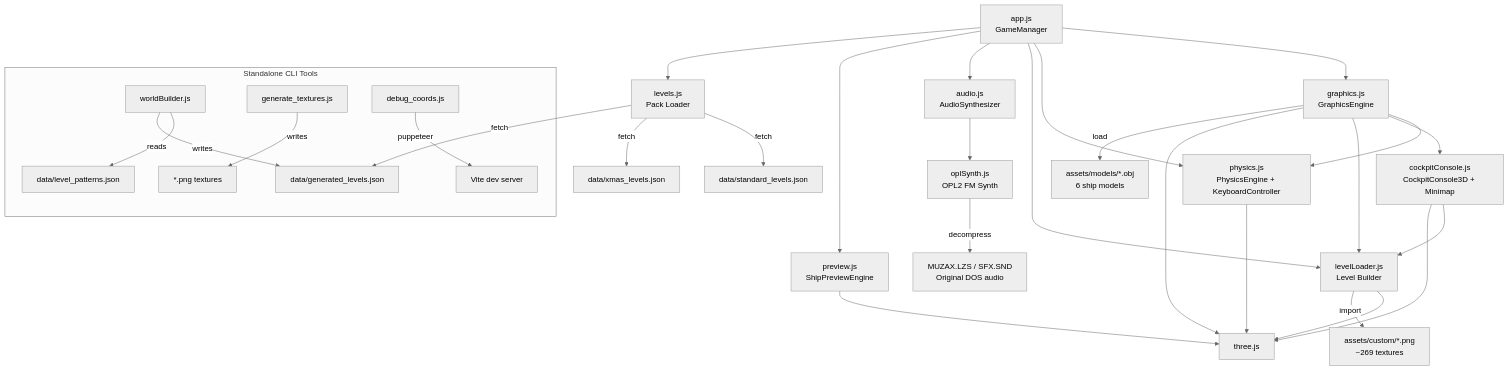
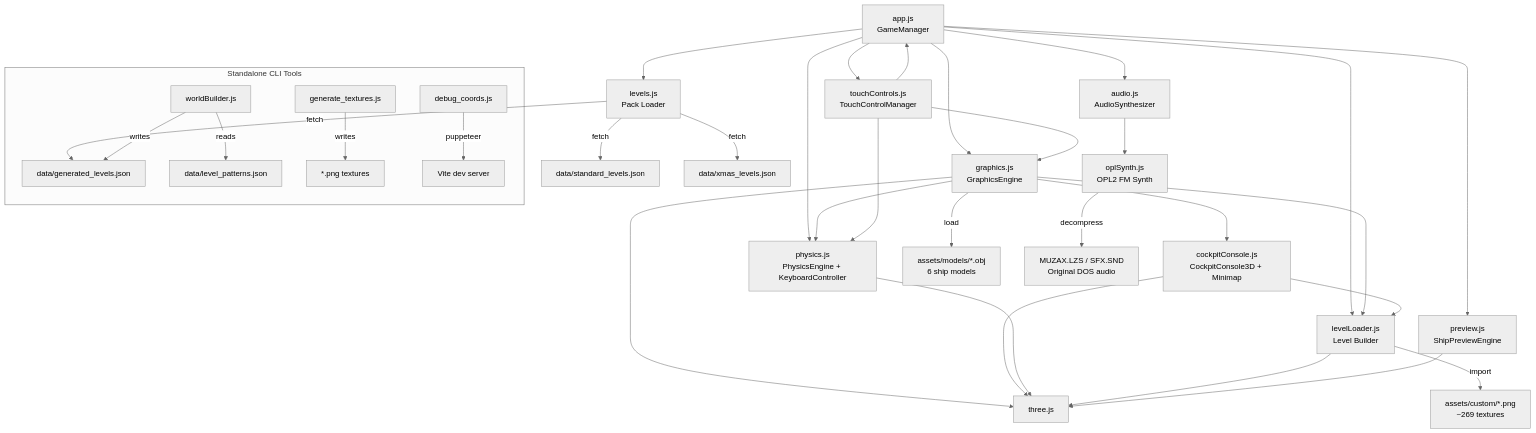
The first of 6 diagrams in docs/architecture.md (DasCReeD/space-paths), drawn with Mermaid (neutral theme) before and after one commit. The commit also changed other lines of this file and 30 other files, not shown here.

Commit message:
feat(touch): overhaul touch controls v2, support cumulative boost, camera tilt, curve segmenting and clean dead code

````diff
--- a/docs/architecture.md
+++ b/docs/architecture.md
@@ -46,38 +47,43 @@
 ```mermaid
 graph TD
     APP["app.js<br/>GameManager"] --> GFX["graphics.js<br/>GraphicsEngine"]
     APP --> PHY["physics.js<br/>PhysicsEngine + KeyboardController"]
     APP --> LL["levelLoader.js<br/>Level Builder"]
     APP --> AUD["audio.js<br/>AudioSynthesizer"]
     APP --> PRV["preview.js<br/>ShipPreviewEngine"]
     APP --> LVL["levels.js<br/>Pack Loader"]
+    APP --> TC["touchControls.js<br/>TouchControlManager"]
 
     GFX --> PHY
     GFX --> CC["cockpitConsole.js<br/>CockpitConsole3D + Minimap"]
     GFX --> LL
     GFX --> THREE["three.js"]
 
     CC --> LL
     CC --> THREE
 
     PHY --> THREE
     LL --> THREE
     PRV --> THREE
 
     AUD --> OPL["oplSynth.js<br/>OPL2 FM Synth"]
+
+    TC --> PHY
+    TC --> GFX
+    TC --> APP
 
     LVL -->|"fetch"| SD["data/standard_levels.json"]
     LVL -->|"fetch"| XD["data/xmas_levels.json"]
     LVL -->|"fetch"| GD["data/generated_levels.json"]
 
     LL -->|"import"| TEX["assets/custom/*.png<br/>~269 textures"]
     GFX -->|"load"| MDL["assets/models/*.obj<br/>6 ship models"]
     OPL -->|"decompress"| DOS["MUZAX.LZS / SFX.SND<br/>Original DOS audio"]
 
     subgraph "Standalone CLI Tools"
         WB["worldBuilder.js"] -->|"reads"| LP["data/level_patterns.json"]
         WB -->|"writes"| GD
         GT["generate_textures.js"] -->|"writes"| PTEX["*.png textures"]
         DC["debug_coords.js"] -->|"puppeteer"| VITE["Vite dev server"]
     end
 ```
````
